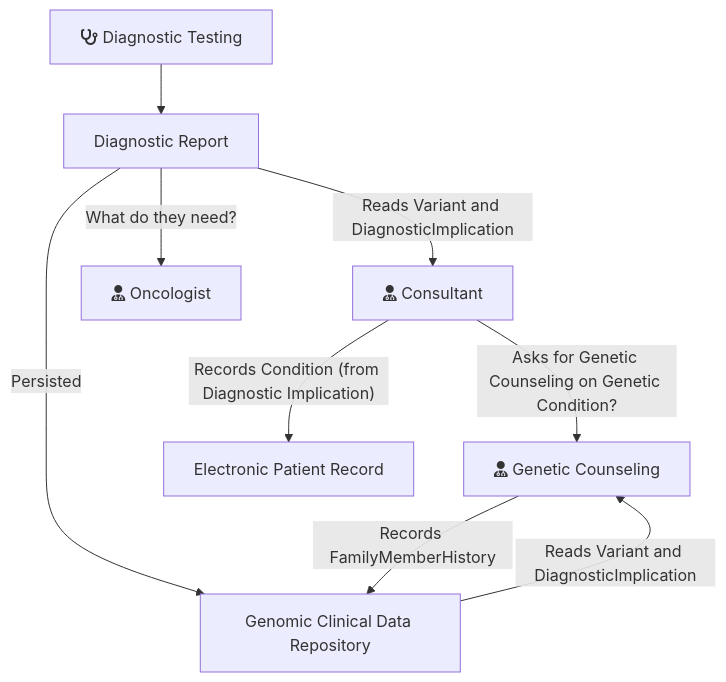
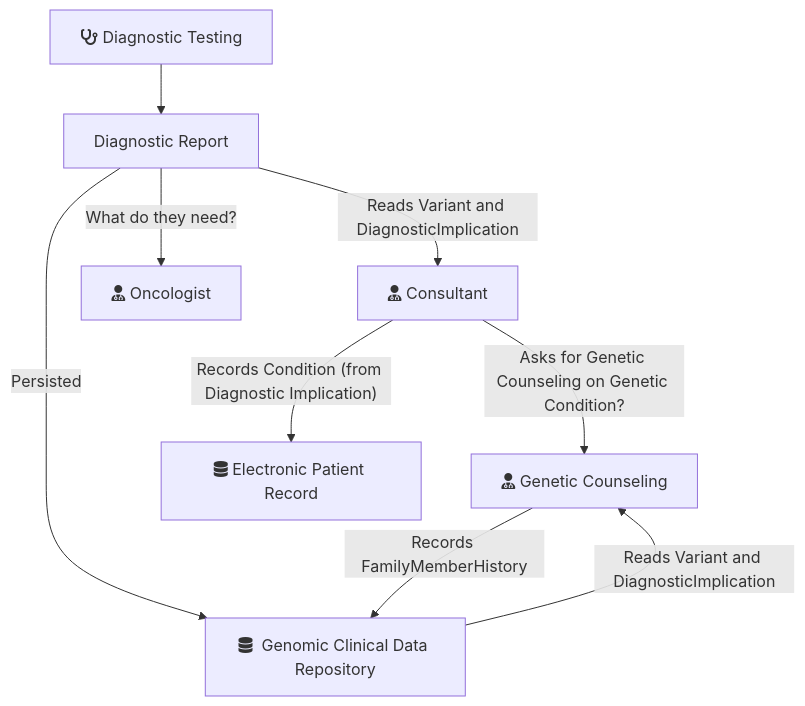
One commit to uk-gov-mirror/nw-gmsa.nw-gmsa.github.com changed the diagram in input/intro-notes/ExampleScenario-ClinicalAndGenomicWorkflow-intro.md. Above: the diagram before and after it, drawn with Mermaid. The commit also changed 1 other file, not shown here.

Commit message:
fontawesome local

````diff
--- a/input/intro-notes/ExampleScenario-ClinicalAndGenomicWorkflow-intro.md
+++ b/input/intro-notes/ExampleScenario-ClinicalAndGenomicWorkflow-intro.md
@@ -4,13 +4,13 @@
 ```mermaid
 graph TD;
 
     DiagnosticTesting[fas:fa-stethoscope Diagnostic Testing]  --> DiagnosticReport[Diagnostic Report]
     DiagnosticReport --> |Reads Variant and DiagnosticImplication| Consultant[fas:fa-user-md Consultant]
     GenomicCDR --> |Reads Variant and DiagnosticImplication| GeneticCounseling[fas:fa-user-md Genetic Counseling]
     DiagnosticReport --> |What do they need?| Oncologist[fas:fa-user-md Oncologist]
     DiagnosticReport --> |Persisted| GenomicCDR
 
-    Consultant --> |"Records Condition (from Diagnostic Implication)"| EPR["Electronic Patient Record"]
-    GeneticCounseling --> |Records FamilyMemberHistory| GenomicCDR["Genomic Clinical Data Repository"]
+    Consultant --> |"Records Condition (from Diagnostic Implication)"| EPR[fas:fa-database Electronic Patient Record]
+    GeneticCounseling --> |Records FamilyMemberHistory| GenomicCDR[fas:fa-database  Genomic Clinical Data Repository]
     Consultant --> |Asks for Genetic Counseling on Genetic Condition?| GeneticCounseling
 ```
````
